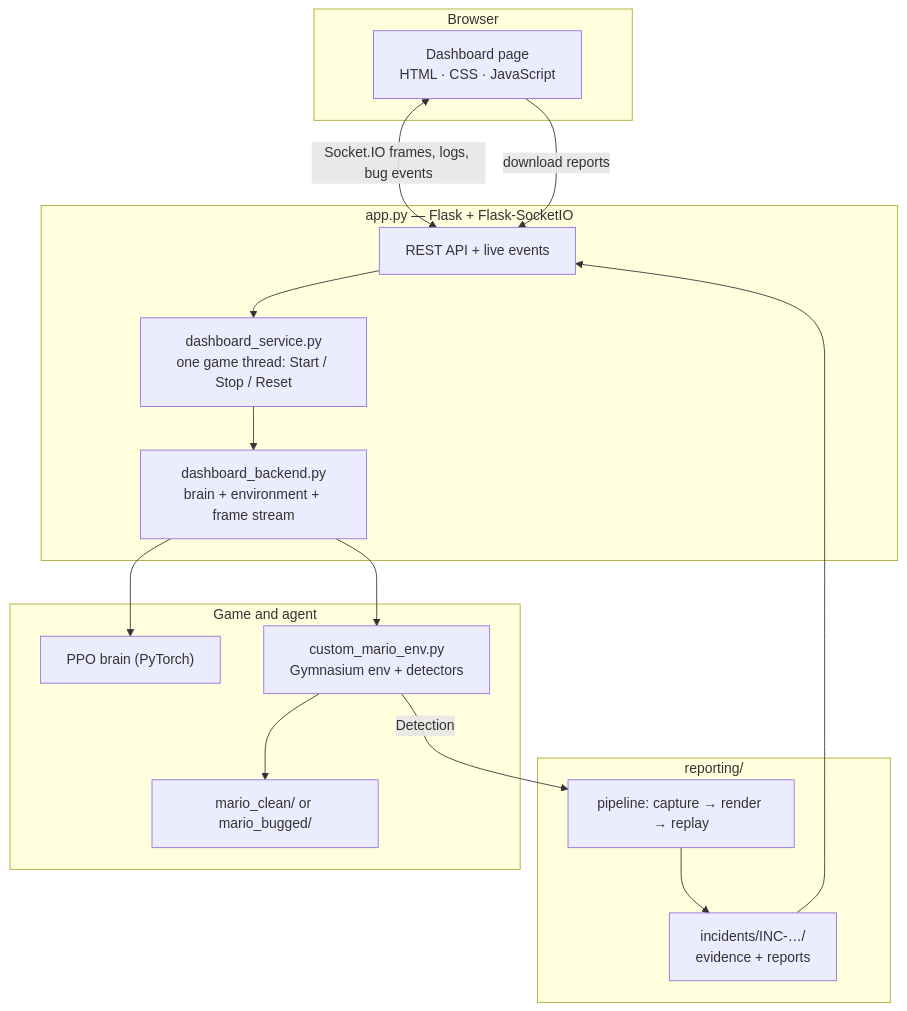
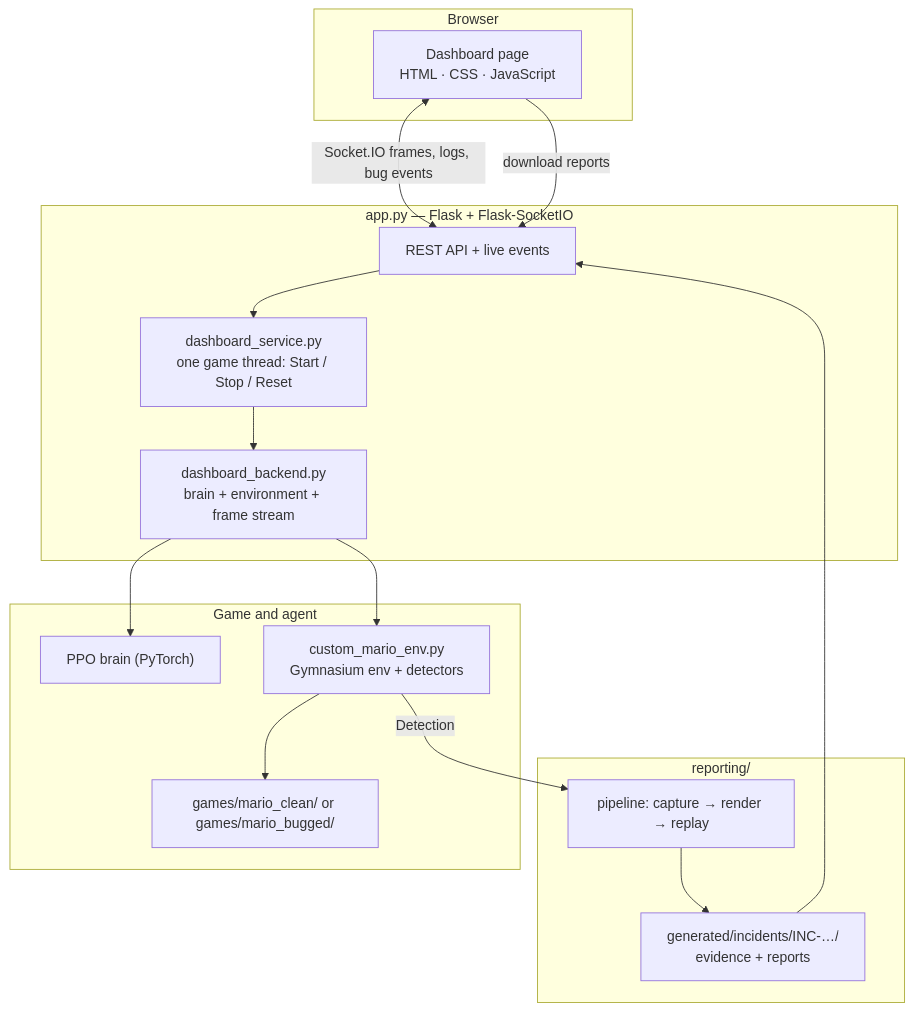
Before and after one commit to TanmaySingh2711/glitch_hunter_project: the second of 2 diagrams in README.md, drawn with Mermaid. The commit also changed other lines of this file and 162 other files, not shown here.

````diff
--- a/README.md
+++ b/README.md
@@ -203,27 +203,27 @@
 ```mermaid
 flowchart TD
     subgraph Browser
         UI["Dashboard page<br/>HTML · CSS · JavaScript"]
     end
     subgraph Server["app.py — Flask + Flask-SocketIO"]
         API["REST API + live events"]
         SVC["dashboard_service.py<br/>one game thread: Start / Stop / Reset"]
         BACK["dashboard_backend.py<br/>brain + environment + frame stream"]
     end
     subgraph Game["Game and agent"]
         ENV["custom_mario_env.py<br/>Gymnasium env + detectors"]
-        VAR["mario_clean/ or mario_bugged/"]
+        VAR["games/mario_clean/ or games/mario_bugged/"]
         BRAIN["PPO brain (PyTorch)"]
     end
     subgraph Reporting["reporting/"]
         PIPE["pipeline: capture → render → replay"]
-        STORE["incidents/INC-…/<br/>evidence + reports"]
+        STORE["generated/incidents/INC-…/<br/>evidence + reports"]
     end
     UI <-->|Socket.IO frames, logs, bug events| API
     UI -->|download reports| API
     API --> SVC --> BACK
     BACK --> BRAIN
     BACK --> ENV --> VAR
     ENV -->|Detection| PIPE --> STORE
     STORE --> API
 ```
````
